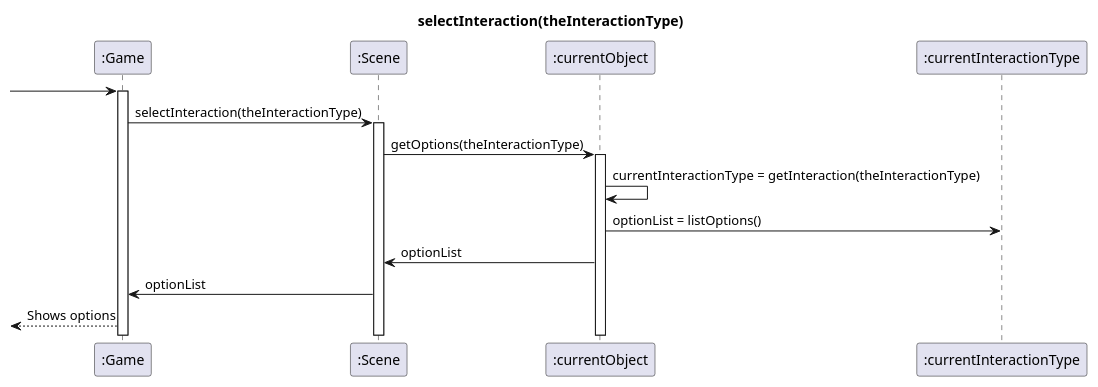
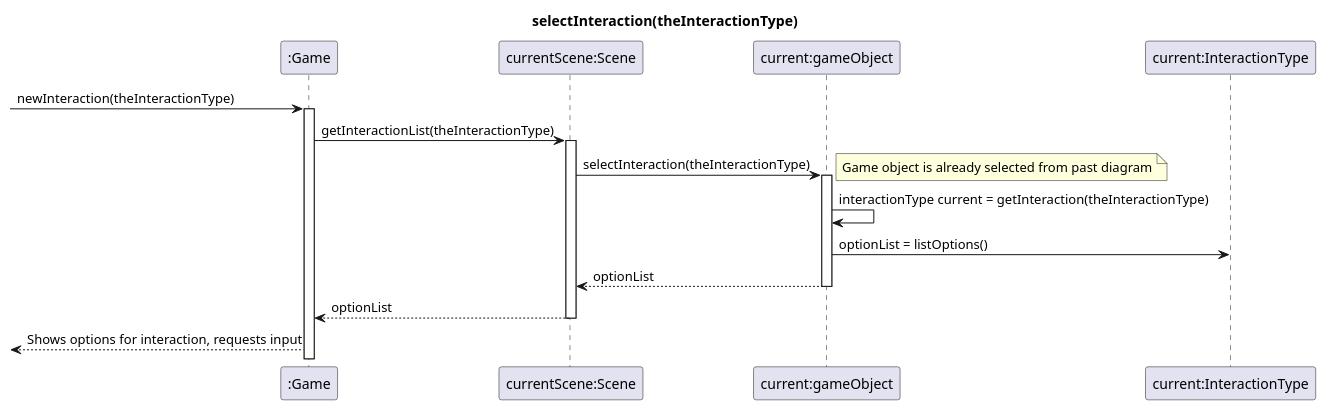
Before and after one commit to NoahHakansson/SE-PA1460: the diagram in selectInteraction.pu, drawn with PlantUML.

Commit message:
Added more information and polished already existing diagram

```diff
--- a/selectInteraction.pu
+++ b/selectInteraction.pu
@@ -1,14 +1,14 @@
 @startuml
 
 title selectInteraction(theInteractionType)
-[-> ":Game" ++
-":Game" -> ":Scene" ++ : selectInteraction(theInteractionType)
-":Scene" -> ":currentObject" ++ : getOptions(theInteractionType)
-":currentObject" -> ":currentObject": currentInteractionType = getInteraction(theInteractionType)
-":currentObject" -> ":currentInteractionType": optionList = listOptions()
-":currentObject" -> ":Scene": optionList
-":Scene" -> ":Game": optionList
-":Game" -->[: Shows options
+[-> ":Game" ++: newInteraction(theInteractionType)
+":Game" -> "currentScene:Scene" ++ : getInteractionList(theInteractionType)
+"currentScene:Scene" -> "current:gameObject" ++ : selectInteraction(theInteractionType)
+note right: Game object is already selected from past diagram
+"current:gameObject" -> "current:gameObject": interactionType current = getInteraction(theInteractionType)
+"current:gameObject" -> "current:InteractionType": optionList = listOptions()
+return optionList
+return optionList
+":Game" -->[: Shows options for interaction, requests input
  
-
 @enduml
```
